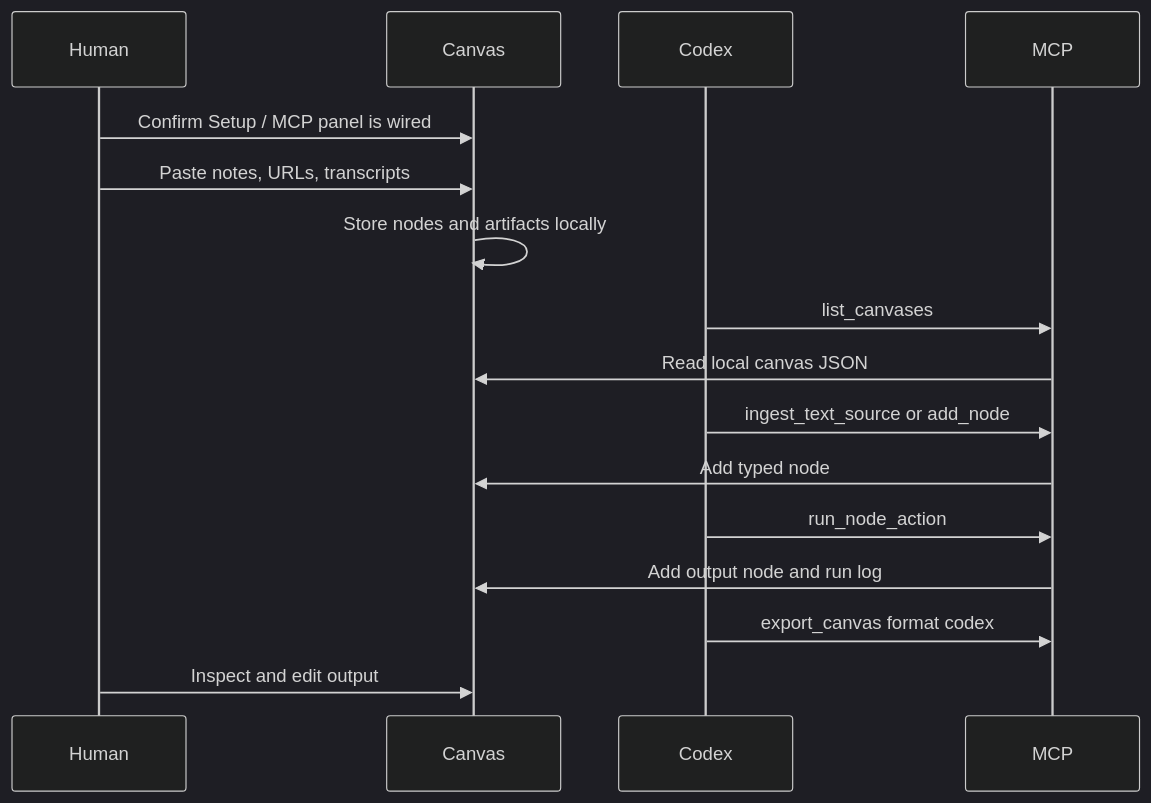
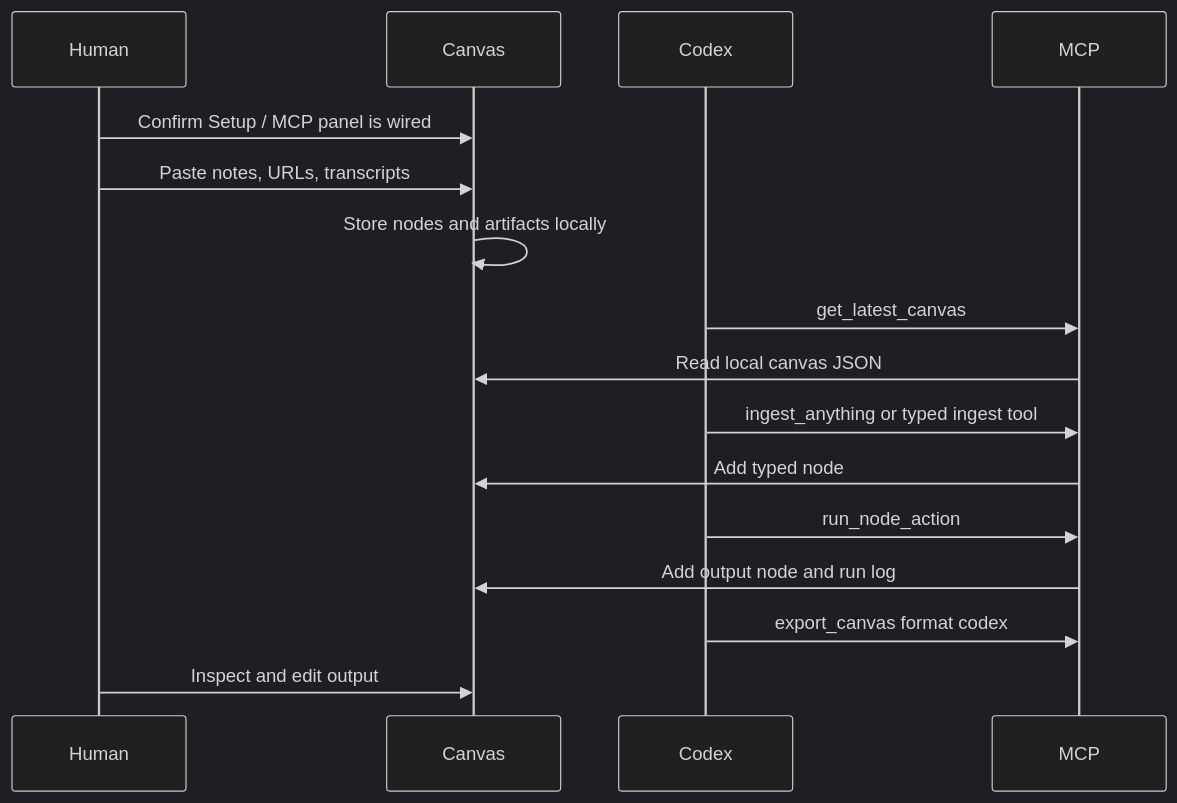
The second of 2 diagrams in docs/user-flows.md (frankxai/starlight-agent-canvas), drawn with Mermaid (dark theme) before and after one commit. The commit also changed other lines of this file and 18 other files, not shown here.

Commit message:
feat: add MCP paste-anything intake

````diff
--- a/docs/user-flows.md
+++ b/docs/user-flows.md
@@ -108,19 +108,19 @@
 ```mermaid
 sequenceDiagram
   participant Human
   participant Canvas
   participant Codex
   participant MCP
 
   Human->>Canvas: Confirm Setup / MCP panel is wired
   Human->>Canvas: Paste notes, URLs, transcripts
   Canvas->>Canvas: Store nodes and artifacts locally
-  Codex->>MCP: list_canvases
+  Codex->>MCP: get_latest_canvas
   MCP->>Canvas: Read local canvas JSON
-  Codex->>MCP: ingest_text_source or add_node
+  Codex->>MCP: ingest_anything or typed ingest tool
   MCP->>Canvas: Add typed node
   Codex->>MCP: run_node_action
   MCP->>Canvas: Add output node and run log
   Codex->>MCP: export_canvas format codex
   Human->>Canvas: Inspect and edit output
 ```
````
